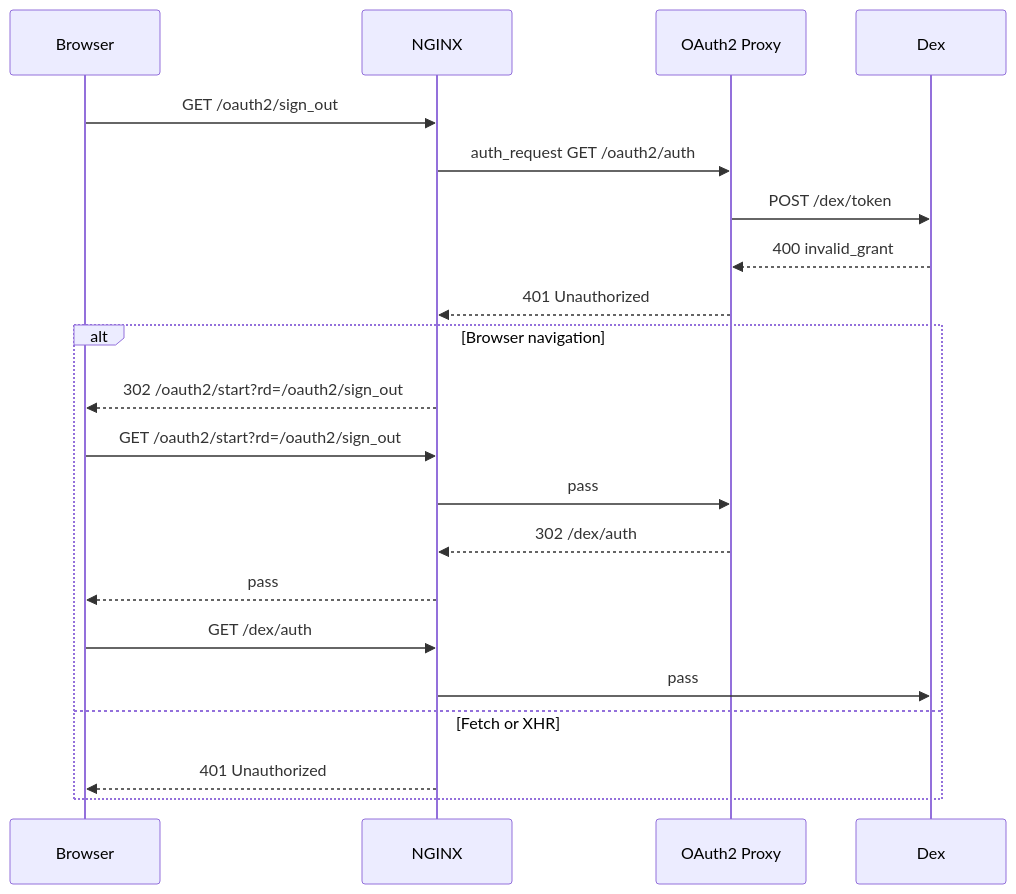
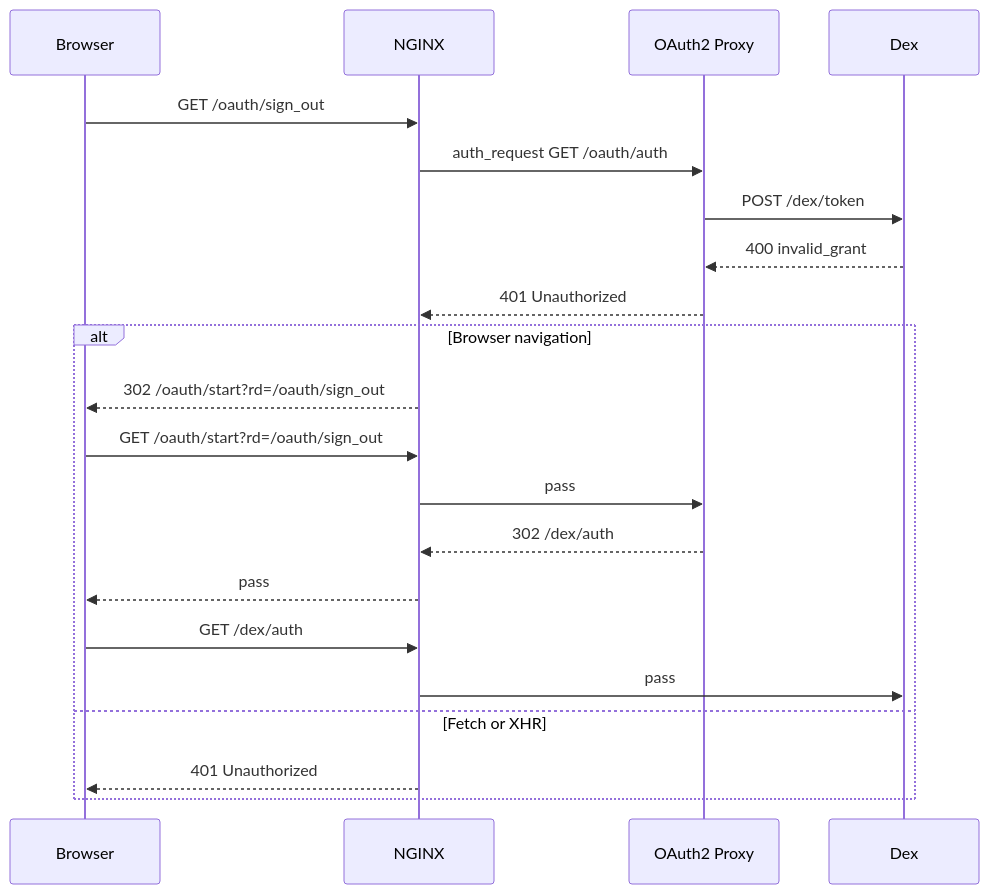
One commit to blakearoberts/visage changed the fifth of 6 diagrams in docs/session-lifecycle.md. Above: the diagram before and after it, drawn with Mermaid. The commit also changed other lines of this file and 14 other files, not shown here.

Commit message:
Use /oauth as the OAuth2 Proxy endpoint prefix

````diff
--- a/docs/session-lifecycle.md
+++ b/docs/session-lifecycle.md
@@ -142,24 +142,24 @@
 ```mermaid
 sequenceDiagram
   participant Browser
   participant NGINX
   participant Proxy as OAuth2 Proxy
   participant Dex
 
-  Browser->>NGINX: GET /oauth2/sign_out
-  NGINX->>Proxy: auth_request GET /oauth2/auth
+  Browser->>NGINX: GET /oauth/sign_out
+  NGINX->>Proxy: auth_request GET /oauth/auth
   Proxy->>Dex: POST /dex/token
   Dex-->>Proxy: 400 invalid_grant
   Proxy-->>NGINX: 401 Unauthorized
   alt Browser navigation
-    NGINX-->>Browser: 302 /oauth2/start?rd=/oauth2/sign_out
-    Browser->>NGINX: GET /oauth2/start?rd=/oauth2/sign_out
+    NGINX-->>Browser: 302 /oauth/start?rd=/oauth/sign_out
+    Browser->>NGINX: GET /oauth/start?rd=/oauth/sign_out
     NGINX->>Proxy: pass
     Proxy-->>NGINX: 302 /dex/auth
     NGINX-->>Browser: pass
     Browser->>NGINX: GET /dex/auth
     NGINX->>Dex: pass
   else Fetch or XHR
     NGINX-->>Browser: 401 Unauthorized
   end
 ```
````
